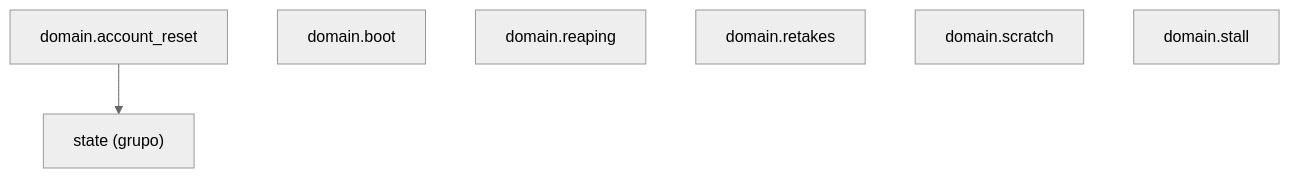
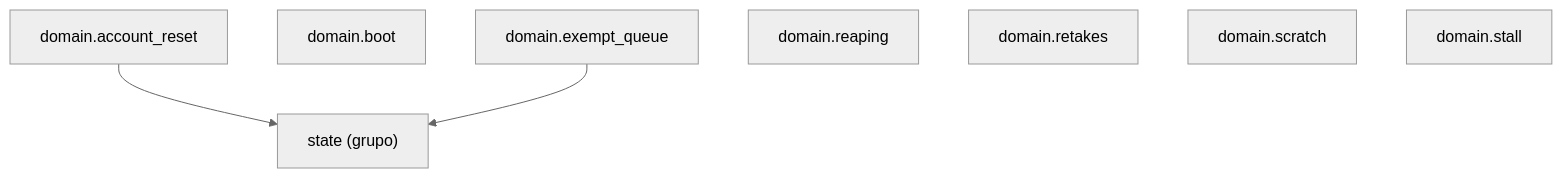
Before and after one commit to GonzaloZevallos/agentic-system: the diagram in docs/architecture/generated/packages-process-domain-machine.md, drawn with Mermaid (neutral theme). The commit also changed 11 other files, not shown here.

````diff
--- a/docs/architecture/generated/packages-process-domain-machine.md
+++ b/docs/architecture/generated/packages-process-domain-machine.md
@@ -11,11 +11,13 @@
 ```mermaid
 graph TD
     g_domain__state["state (grupo)"]
     m_domain__account_reset["domain.account_reset"]
     m_domain__boot["domain.boot"]
+    m_domain__exempt_queue["domain.exempt_queue"]
     m_domain__reaping["domain.reaping"]
     m_domain__retakes["domain.retakes"]
     m_domain__scratch["domain.scratch"]
     m_domain__stall["domain.stall"]
     m_domain__account_reset --> g_domain__state
+    m_domain__exempt_queue --> g_domain__state
 ```
````
